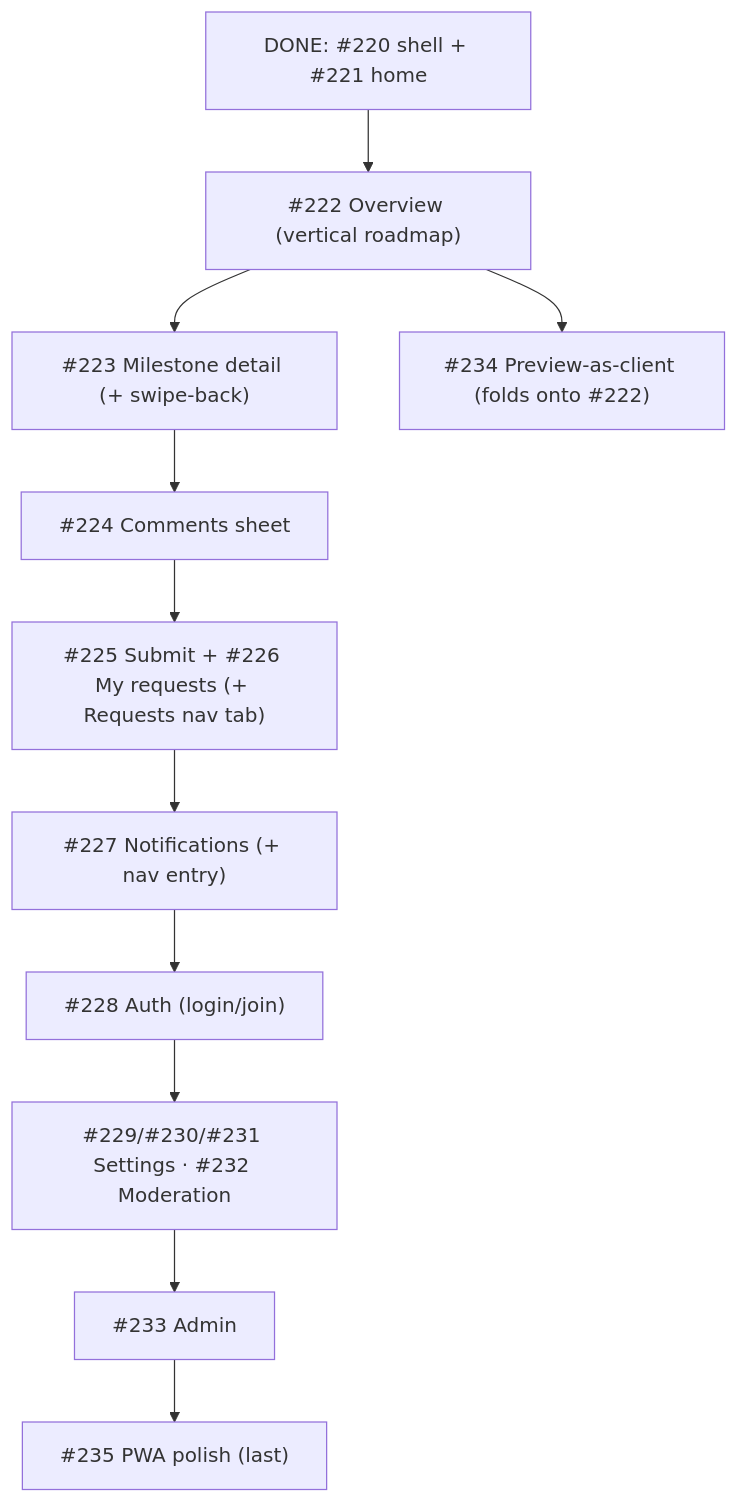
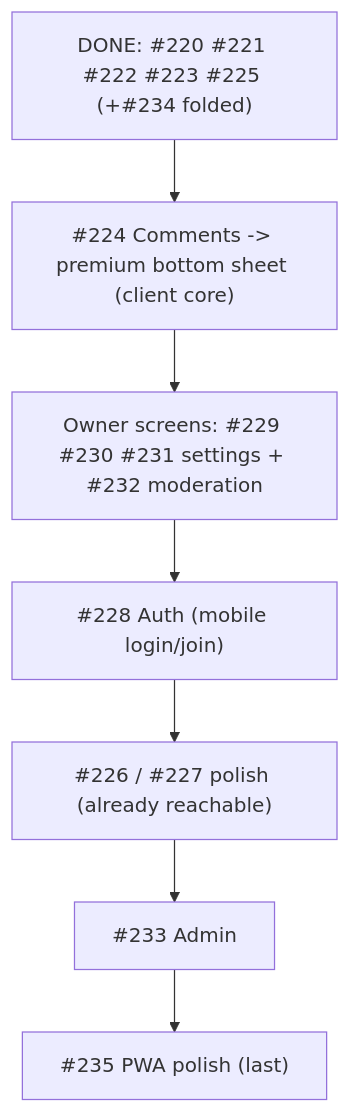
Before and after one commit to zestones/vista: the diagram in docs/audits/milestone-mobile-first-audit.md, drawn with Mermaid. The commit also changed other lines of this file, not shown here.

Commit message:
docs: re-audit Mobile-first milestone after #222/#223/#225 (#12)

````diff
--- a/docs/audits/milestone-mobile-first-audit.md
+++ b/docs/audits/milestone-mobile-first-audit.md
@@ -38,13 +36,9 @@
 ```mermaid
 flowchart TD
-  F["DONE: #220 shell + #221 home"] --> O["#222 Overview (vertical roadmap)"]
-  O --> D["#223 Milestone detail (+ swipe-back)"]
-  D --> C["#224 Comments sheet"]
-  O --> PV["#234 Preview-as-client (folds onto #222)"]
-  C --> RQ["#225 Submit + #226 My requests (+ Requests nav tab)"]
-  RQ --> N["#227 Notifications (+ nav entry)"]
-  N --> A["#228 Auth (login/join)"]
-  A --> OWN["#229/#230/#231 Settings · #232 Moderation"]
-  OWN --> ADM["#233 Admin"]
+  DONE["DONE: #220 #221 #222 #223 #225 (+#234 folded)"] --> C["#224 Comments -> premium bottom sheet (client core)"]
+  C --> OWN["Owner screens: #229 #230 #231 settings + #232 moderation"]
+  OWN --> A["#228 Auth (mobile login/join)"]
+  A --> POL["#226 / #227 polish (already reachable)"]
+  POL --> ADM["#233 Admin"]
   ADM --> PWA["#235 PWA polish (last)"]
 ```
````
